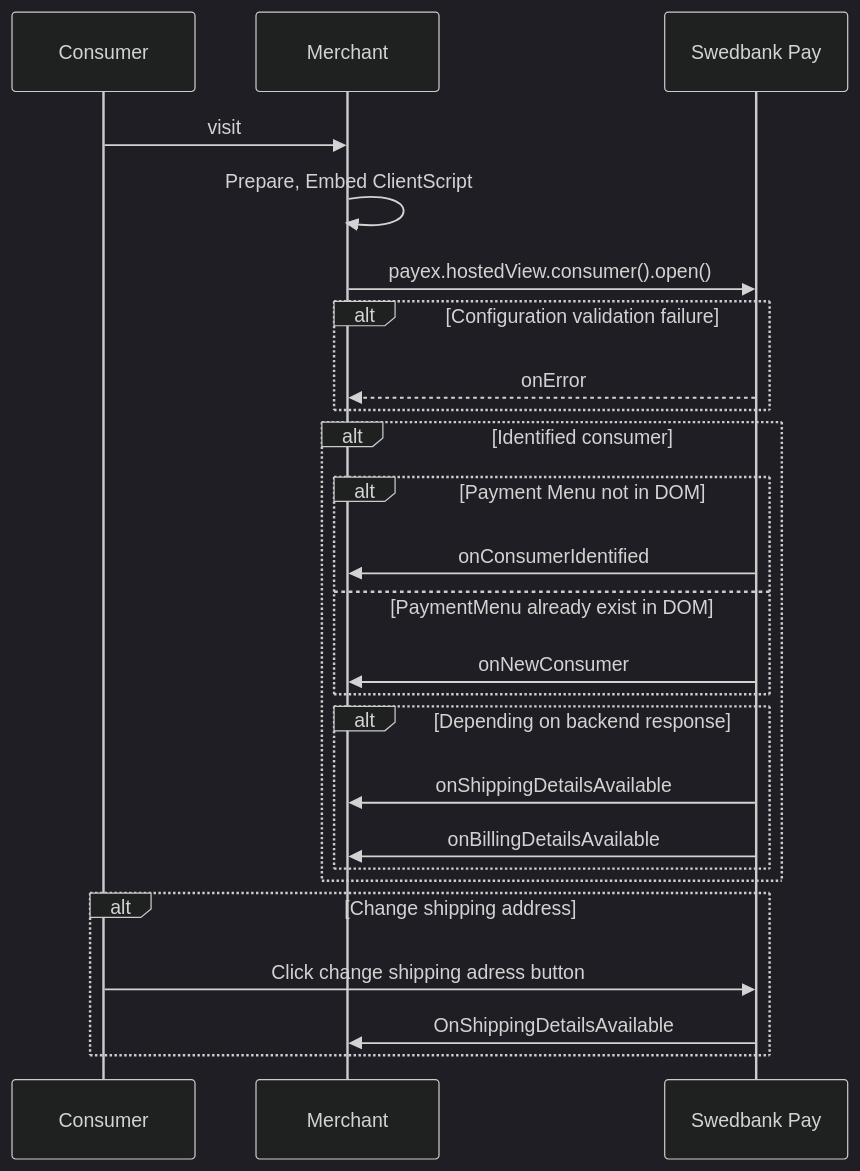
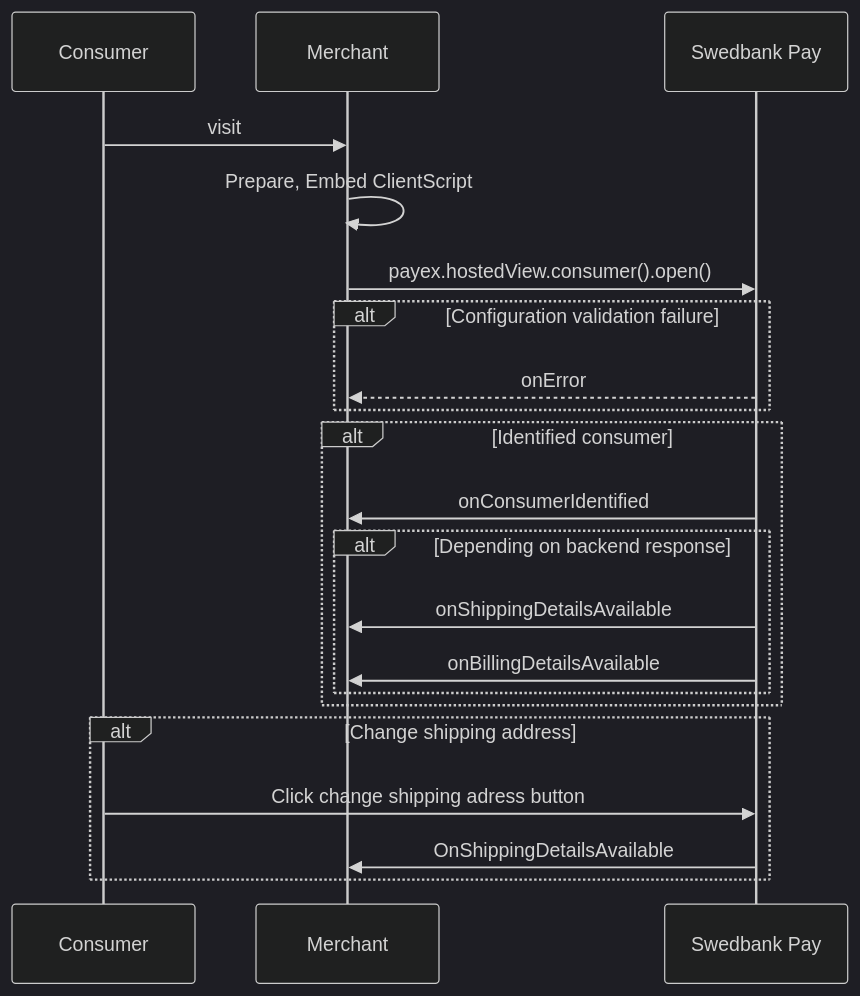
One commit to SwedbankPay/developer.swedbankpay.com changed the first of 2 diagrams in checkout/other-features.md. Above: the diagram before and after it, drawn with Mermaid (dark theme). The commit also changed other lines of this file, not shown here.

Commit message:
DX-360 Removed section about onNewConsumer

````diff
--- a/checkout/other-features.md
+++ b/checkout/other-features.md
@@ -1209,32 +1209,28 @@
 ```mermaid
 sequenceDiagram
   participant Consumer
   participant Merchant
   participant SwedbankPay as Swedbank Pay
 
   Consumer ->> Merchant: visit
   Merchant ->> Merchant: Prepare, Embed ClientScript
   Merchant ->> SwedbankPay: payex.hostedView.consumer().open()
 
   alt Configuration validation failure
     SwedbankPay -->> Merchant: onError
   end
 
   alt Identified consumer
-      alt Payment Menu not in DOM
-        SwedbankPay->>Merchant: onConsumerIdentified
-      else PaymentMenu already exist in DOM
-        SwedbankPay->>Merchant: onNewConsumer
-      end
+      SwedbankPay->>Merchant: onConsumerIdentified
 
       alt Depending on backend response
         SwedbankPay->>Merchant: onShippingDetailsAvailable
         SwedbankPay->>Merchant: onBillingDetailsAvailable
       end
   end
 
   alt Change shipping address
     Consumer->>SwedbankPay: Click change shipping adress button
     SwedbankPay->>Merchant: OnShippingDetailsAvailable
   end
 ```
````
